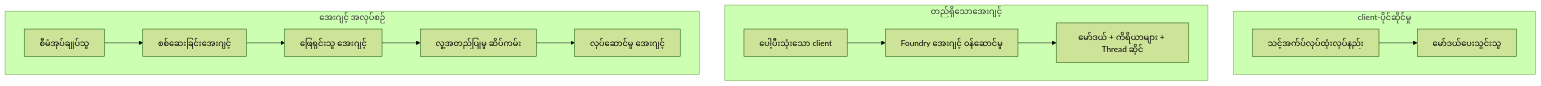
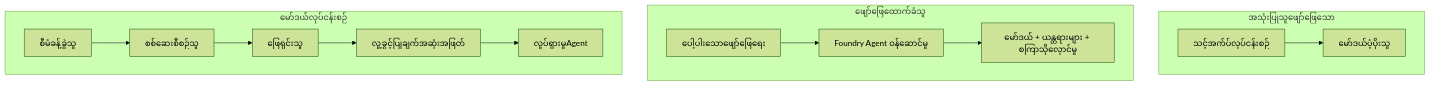
Before and after one commit to gabrielmoreira/agent-skills-mirror: the first of 4 diagrams in mirrors/repos/microsoft@ai-agents-for-beginners/translations/my/16-deploying-scalable-agents/README.md, drawn with Mermaid (forest theme). The commit also changed other lines of this file and 4262 other files, not shown here.

````diff
--- a/mirrors/repos/microsoft@ai-agents-for-beginners/translations/my/16-deploying-scalable-agents/README.md
+++ b/mirrors/repos/microsoft@ai-agents-for-beginners/translations/my/16-deploying-scalable-agents/README.md
@@ -87,16 +87,16 @@
 ```mermaid
 flowchart TB
-    subgraph P1[client-ပိုင်ဆိုင်မှု]
-        A1[သင့်အက်ပ်လုပ်ထုံးလုပ်နည်း] --> M1[မော်ဒယ်ပေးသွင်းသူ]
+    subgraph P1[အသုံးပြုသူဖျော်ဖြေသော]
+        A1[သင့်အက်ပ်လုပ်ငန်းစဉ်] --> M1[မော်ဒယ်ပံ့ပိုးသူ]
     end
-    subgraph P2[တည်ရှိသောအေးဂျင့်]
-        A2[ပေါ့ပီးသုံးသော client] --> F2[Foundry အေးဂျင့် ၀န်ဆောင်မှု]
-        F2 --> M2[မော်ဒယ် + ကိရိယာများ + Thread ဆိုင်]
+    subgraph P2[ဖျော်ဖြေထောက်ခံသူ]
+        A2[ပေါ့ပါးသောဖျော်ဖြေရေး] --> F2[Foundry Agent ဝန်ဆောင်မှု]
+        F2 --> M2[မော်ဒယ် + ယန္တရားများ + စကြာသိုလှောင်မှု]
     end
-    subgraph P3[အေးဂျင့် အလုပ်စဉ်]
-        A3[စီမံအုပ်ချုပ်သူ] --> S1[စစ်ဆေးခြင်းအေးဂျင့်]
-        S1 --> S2[ဖြေရှင်းသူ အေးဂျင့်]
-        S2 --> H[လူ့အတည်ပြုမှု ဆိပ်ကမ်း]
-        H --> S3[လုပ်ဆောင်မှု အေးဂျင့်]
+    subgraph P3[မော်ဒယ်လုပ်ငန်းစဉ်]
+        A3[စီမံခန့်ခွဲသူ] --> S1[စစ်ဆေးစီစဉ်သူ]
+        S1 --> S2[ဖြေရှင်းသူ]
+        S2 --> H[လူ့ခွင့်ပြုချက်အဆုံးအဖြတ်]
+        H --> S3[လှုပ်ရှားမှုAgent]
     end
 ```
````
